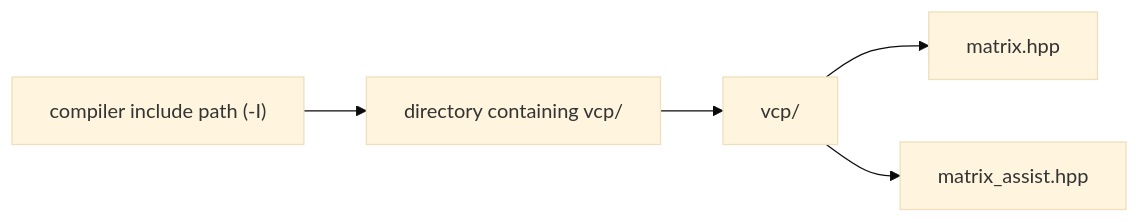
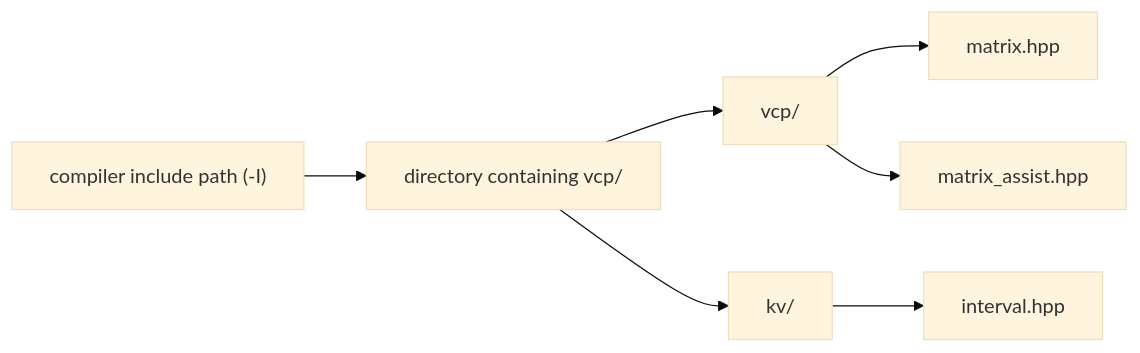
Before and after one commit to koutasekine/vcp: the first of 2 diagrams in docs/install.md, drawn with Mermaid (base theme). The commit also changed other lines of this file and 3 other files, not shown here.

````diff
--- a/docs/install.md
+++ b/docs/install.md
@@ -25,7 +31,9 @@
 ```mermaid
 flowchart LR
     A["compiler include path (-I)"] --> B["directory containing vcp/"]
     B --> C["vcp/"]
     C --> D["matrix.hpp"]
     C --> E["matrix_assist.hpp"]
+    B --> F["kv/"]
+    F --> G["interval.hpp"]
 ```
````
